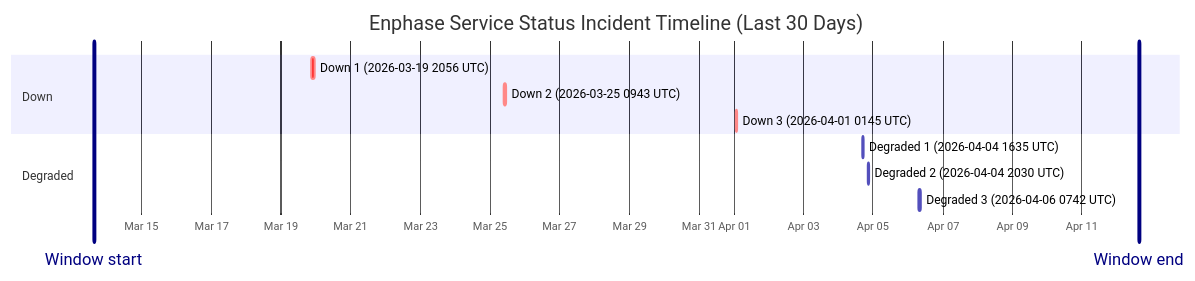
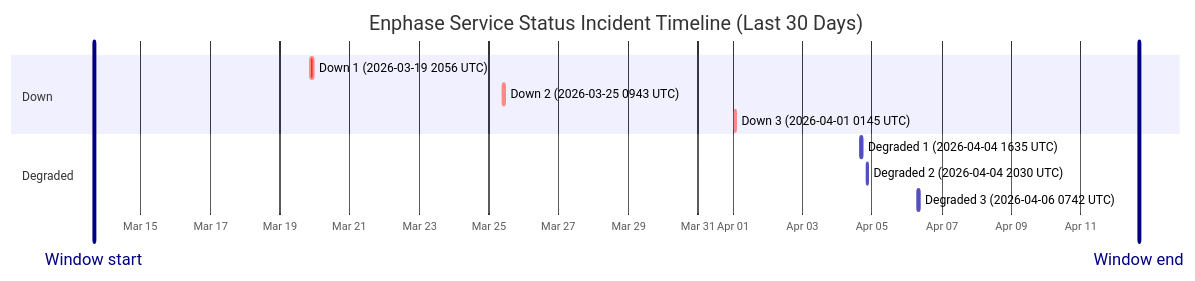
The diagram in wiki/Service-Status-History.md (barneyonline/ha-enphase-ev-charger), drawn with Mermaid before and after one commit. The commit also changed other lines of this file and 3 other files, not shown here.

````diff
--- a/wiki/Service-Status-History.md
+++ b/wiki/Service-Status-History.md
@@ -14,16 +14,16 @@
 ```mermaid
 gantt
     title Enphase Service Status Incident Timeline (Last 30 Days)
     dateFormat  YYYY-MM-DDTHH:mm:ss
     axisFormat  %b %d
-    Window start :vert, window-start, 2026-03-13T15:04:57, 0ms
-    Window end :vert, window-end, 2026-04-12T15:04:57, 0ms
+    Window start :vert, window-start, 2026-03-13T15:58:56, 0ms
+    Window end :vert, window-end, 2026-04-12T15:58:56, 0ms
     section Down
     Down 1 (2026-03-19 2056 UTC) :crit, down-1, 2026-03-19T20:56:20, 145m
     Down 2 (2026-03-25 0943 UTC) :crit, down-2, 2026-03-25T09:43:28, 111m
     Down 3 (2026-04-01 0145 UTC) :crit, down-3, 2026-04-01T01:45:09, 60m
     section Degraded
     Degraded 1 (2026-04-04 1635 UTC) :active, degraded-1, 2026-04-04T16:35:17, 60m
     Degraded 2 (2026-04-04 2030 UTC) :active, degraded-2, 2026-04-04T20:30:40, 60m
     Degraded 3 (2026-04-06 0742 UTC) :active, degraded-3, 2026-04-06T07:42:09, 85m
 ```
````
